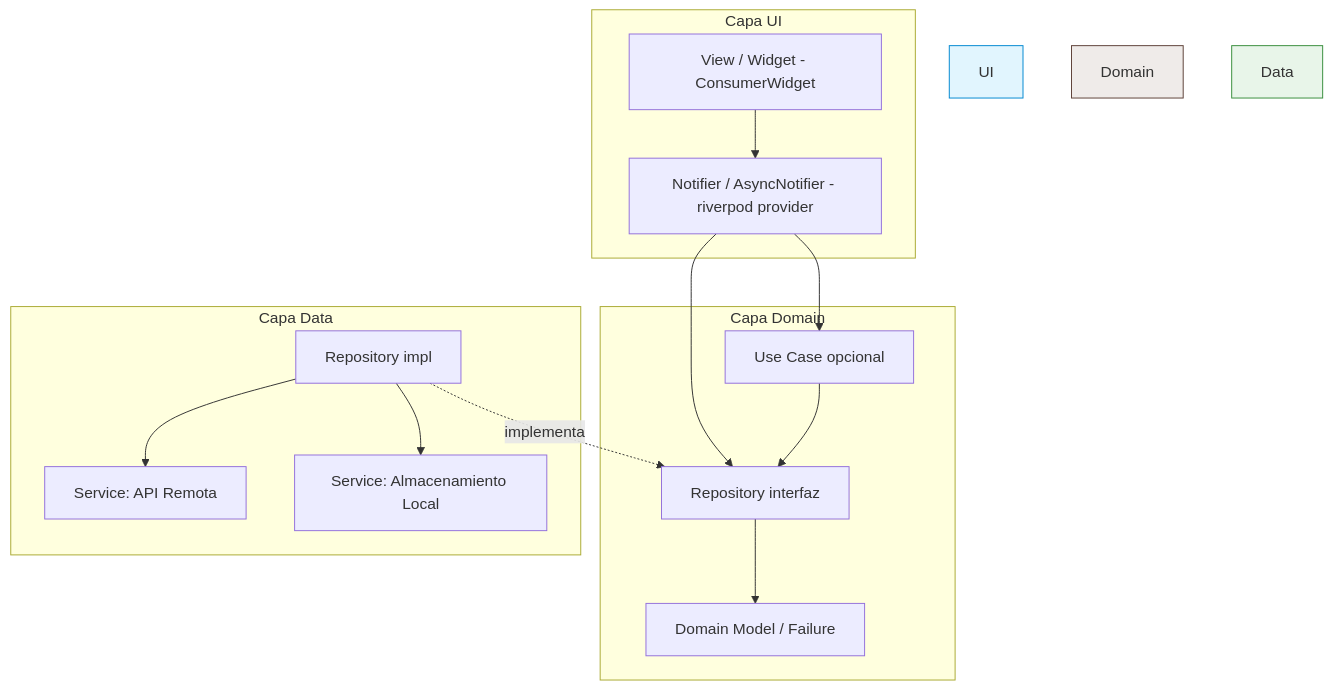
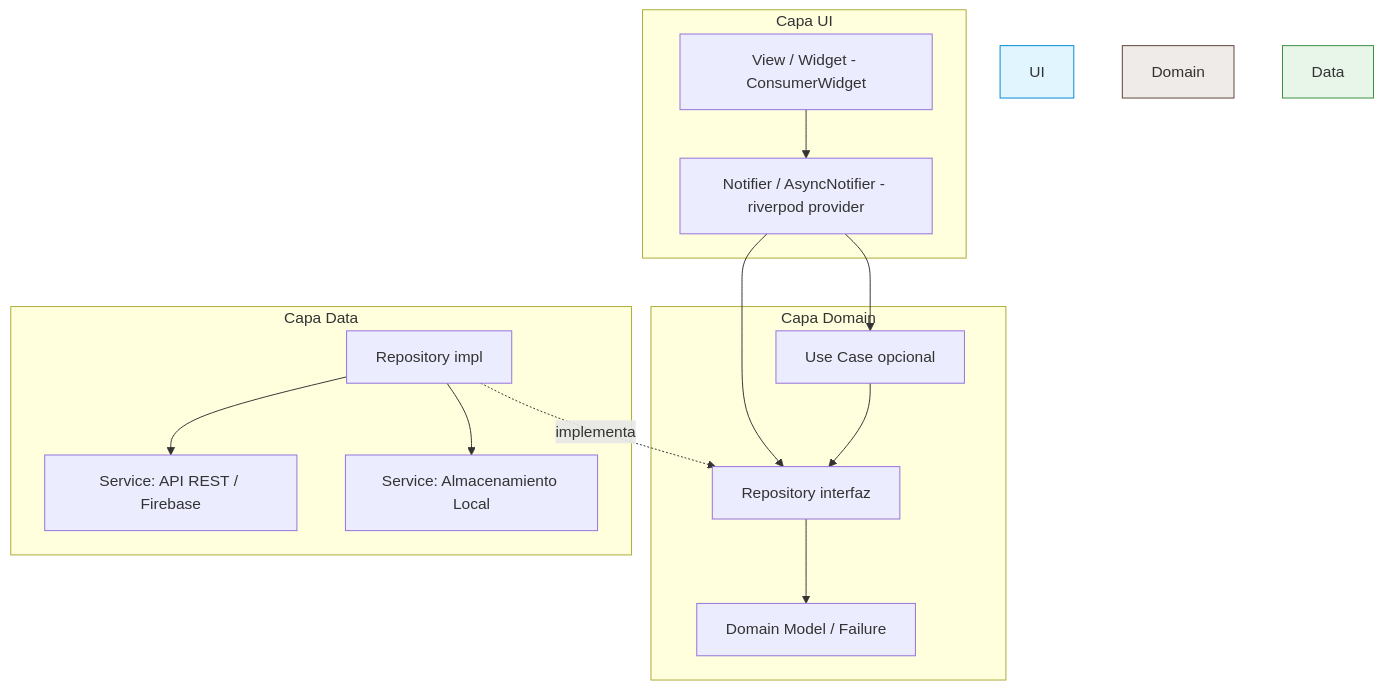
Before and after one commit to Juanpvivas/limpiapp: the diagram in docs/ARCHITECTURE.md, drawn with Mermaid. The commit also changed other lines of this file and 9 other files, not shown here.

````diff
--- a/docs/ARCHITECTURE.md
+++ b/docs/ARCHITECTURE.md
@@ -20,23 +20,23 @@
 ```mermaid
 graph TD
     subgraph "Capa UI"
         V[View / Widget - ConsumerWidget] --> N[Notifier / AsyncNotifier - riverpod provider]
     end
 
     subgraph "Capa Domain"
         N --> UC[Use Case opcional]
         N --> REPO_I[Repository interfaz]
         UC --> REPO_I
         REPO_I --> DM[Domain Model / Failure]
     end
 
     subgraph "Capa Data"
         REPO_IMPL[Repository impl] -.implementa.-> REPO_I
-        REPO_IMPL --> SVC_REMOTE[Service: API Remota]
+        REPO_IMPL --> SVC_REMOTE[Service: API REST / Firebase]
         REPO_IMPL --> SVC_LOCAL[Service: Almacenamiento Local]
     end
 
     style UI fill:#e1f5fe,stroke:#0288d1
     style Domain fill:#efebe9,stroke:#5d4037
     style Data fill:#e8f5e9,stroke:#388e3c
 ```
````
